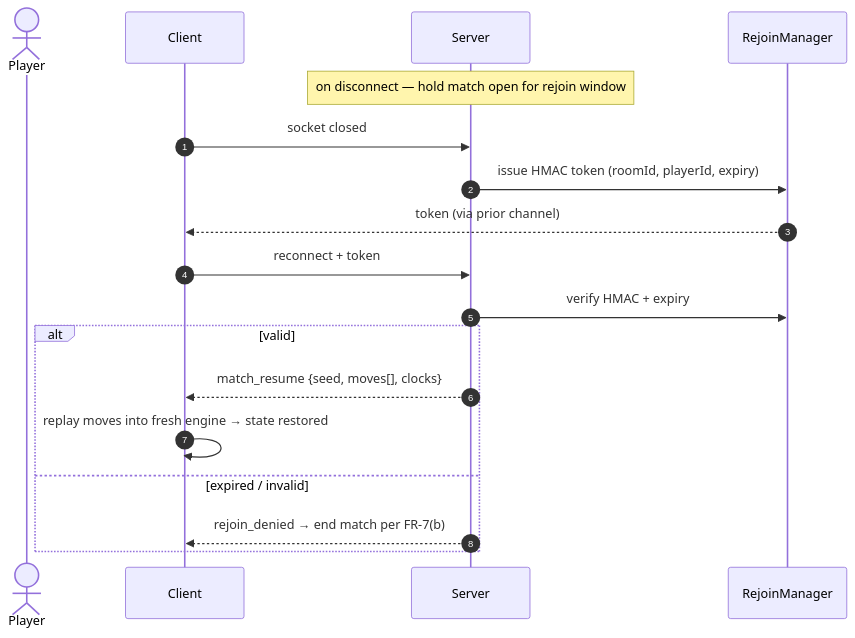
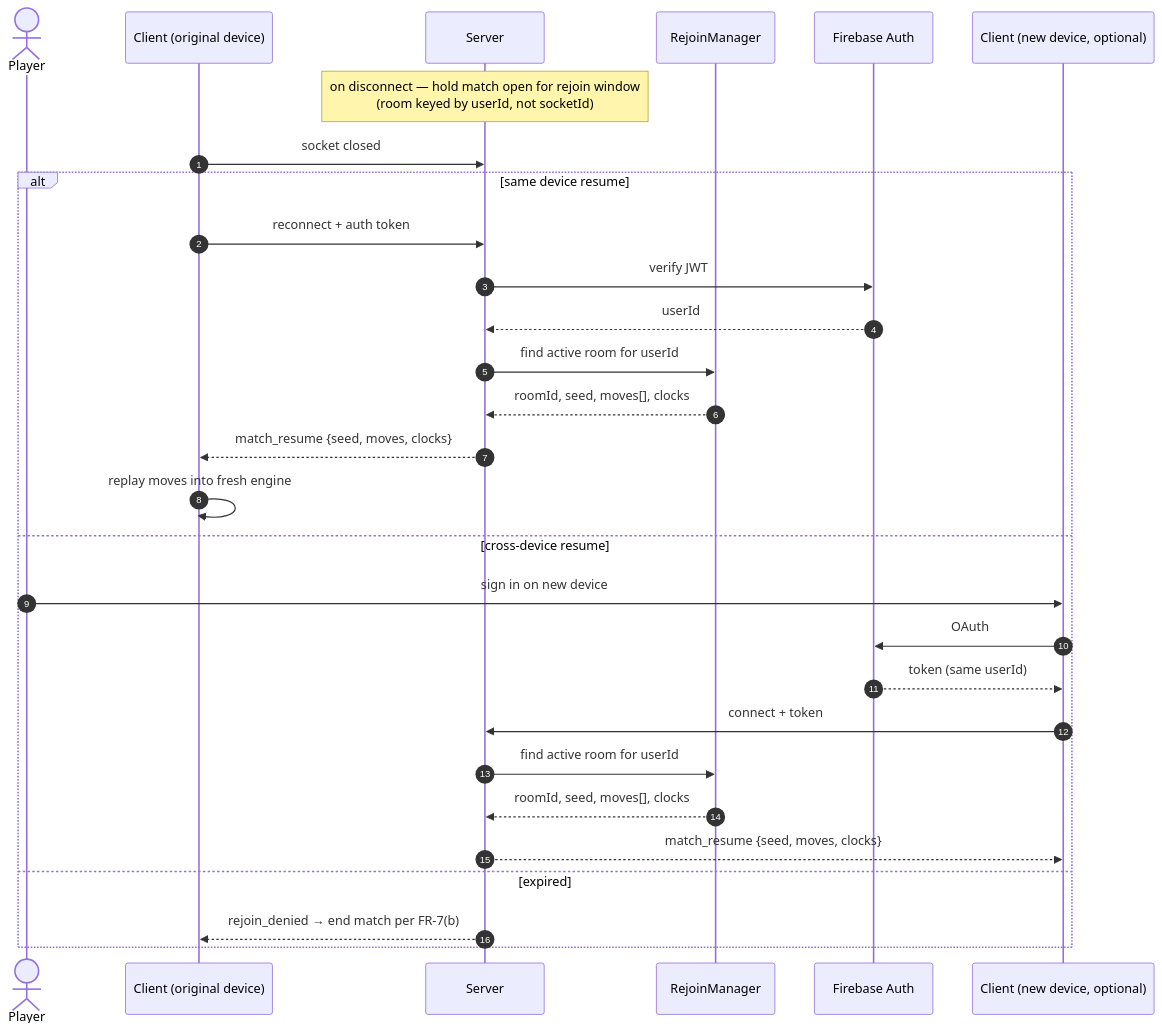
One commit to BuiHoangTu/match3-competitive-fe changed the sixth of 9 diagrams in specification/system-design.md. Above: the diagram before and after it, drawn with Mermaid. The commit also changed other lines of this file and 3 other files, not shown here.

````diff
--- a/specification/system-design.md
+++ b/specification/system-design.md
@@ -183,20 +273,31 @@
 ```mermaid
 sequenceDiagram
     autonumber
     actor P as Player
-    participant C as Client
+    participant C1 as Client (original device)
     participant S as Server
     participant R as RejoinManager
-    Note over S: on disconnect — hold match open for rejoin window
-    C->>S: socket closed
-    S->>R: issue HMAC token (roomId, playerId, expiry)
-    R-->>C: token (via prior channel)
-    C->>S: reconnect + token
-    S->>R: verify HMAC + expiry
-    alt valid
-        S-->>C: match_resume {seed, moves[], clocks}
-        C->>C: replay moves into fresh engine → state restored
-    else expired / invalid
-        S-->>C: rejoin_denied → end match per FR-7(b)
+    participant IdP as Firebase Auth
+    participant C2 as Client (new device, optional)
+    Note over S: on disconnect — hold match open for rejoin window<br/>(room keyed by userId, not socketId)
+    C1->>S: socket closed
+    alt same device resume
+        C1->>S: reconnect + auth token
+        S->>IdP: verify JWT
+        IdP-->>S: userId
+        S->>R: find active room for userId
+        R-->>S: roomId, seed, moves[], clocks
+        S-->>C1: match_resume {seed, moves, clocks}
+        C1->>C1: replay moves into fresh engine
+    else cross-device resume
+        P->>C2: sign in on new device
+        C2->>IdP: OAuth
+        IdP-->>C2: token (same userId)
+        C2->>S: connect + token
+        S->>R: find active room for userId
+        R-->>S: roomId, seed, moves[], clocks
+        S-->>C2: match_resume {seed, moves, clocks}
+    else expired
+        S-->>C1: rejoin_denied → end match per FR-7(b)
     end
 ```
````
